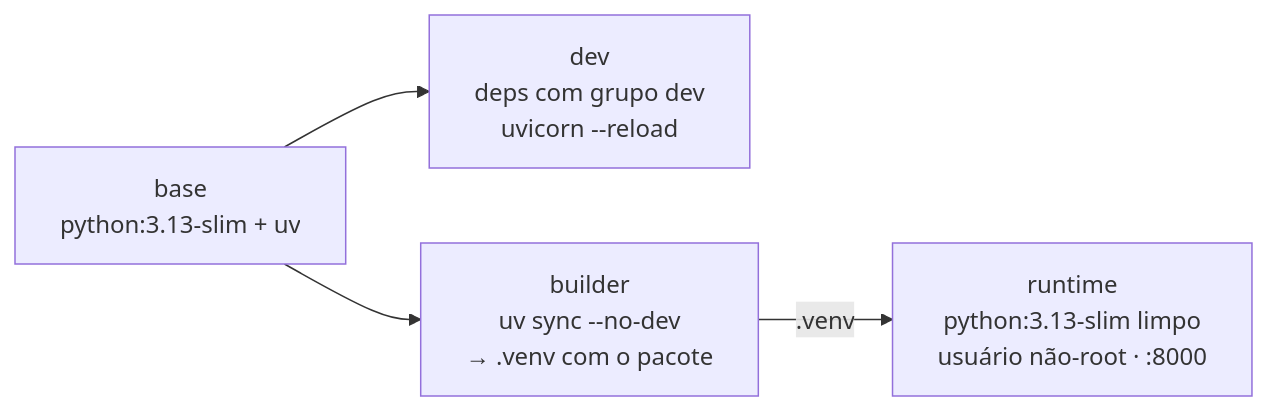
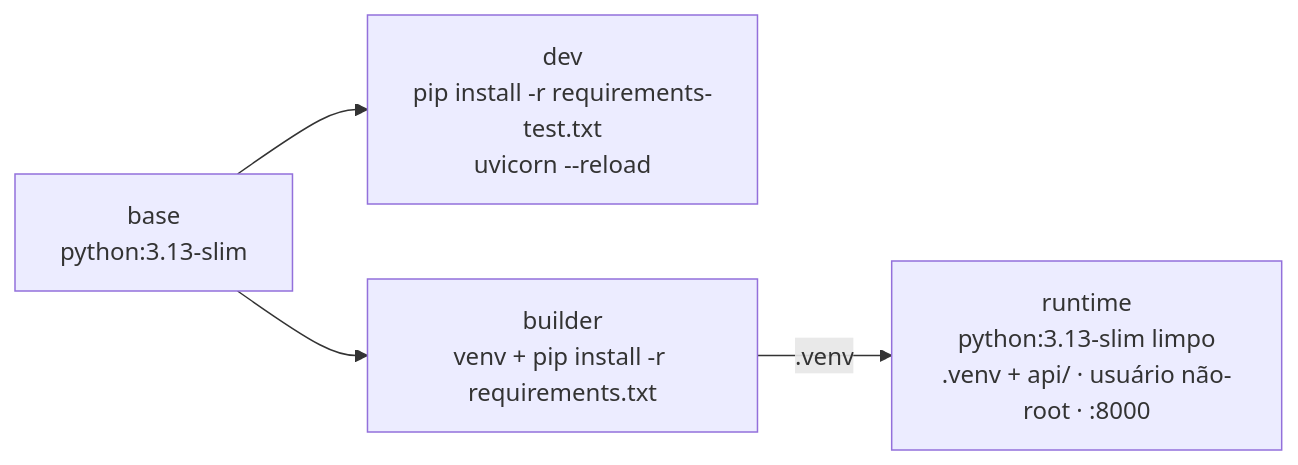
The first of 3 diagrams in backend/docs/08-docker-deploy.md (oseasmoreto/bot-chat), drawn with Mermaid before and after one commit. The commit also changed other lines of this file and 121 other files, not shown here.

````diff
--- a/backend/docs/08-docker-deploy.md
+++ b/backend/docs/08-docker-deploy.md
@@ -7,6 +7,6 @@
 ```mermaid
 flowchart LR
-    base["base<br/>python:3.13-slim + uv"] --> dev["dev<br/>deps com grupo dev<br/>uvicorn --reload"]
-    base --> builder["builder<br/>uv sync --no-dev<br/>→ .venv com o pacote"]
-    builder -->|".venv"| runtime["runtime<br/>python:3.13-slim limpo<br/>usuário não-root · :8000"]
+    base["base<br/>python:3.13-slim"] --> dev["dev<br/>pip install -r requirements-test.txt<br/>uvicorn --reload"]
+    base --> builder["builder<br/>venv + pip install -r requirements.txt"]
+    builder -->|".venv"| runtime["runtime<br/>python:3.13-slim limpo<br/>.venv + api/ · usuário não-root · :8000"]
 ```
````
